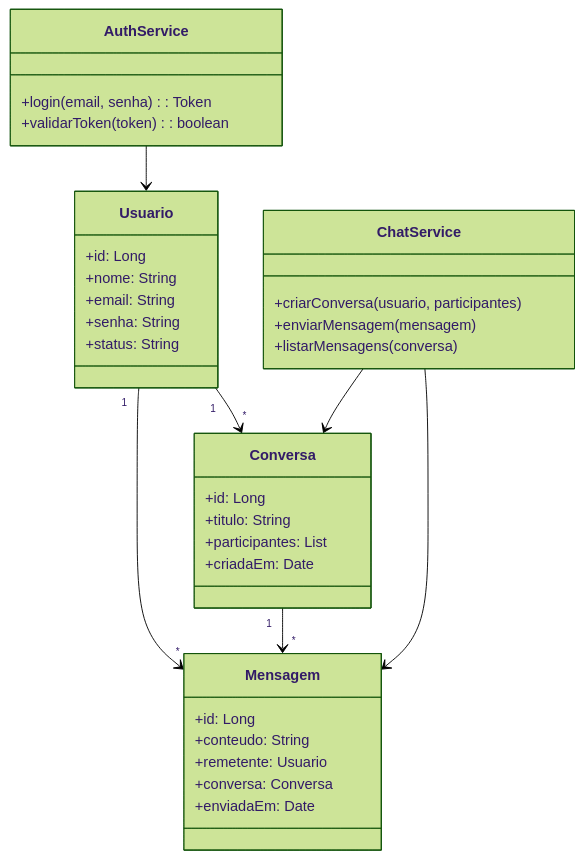
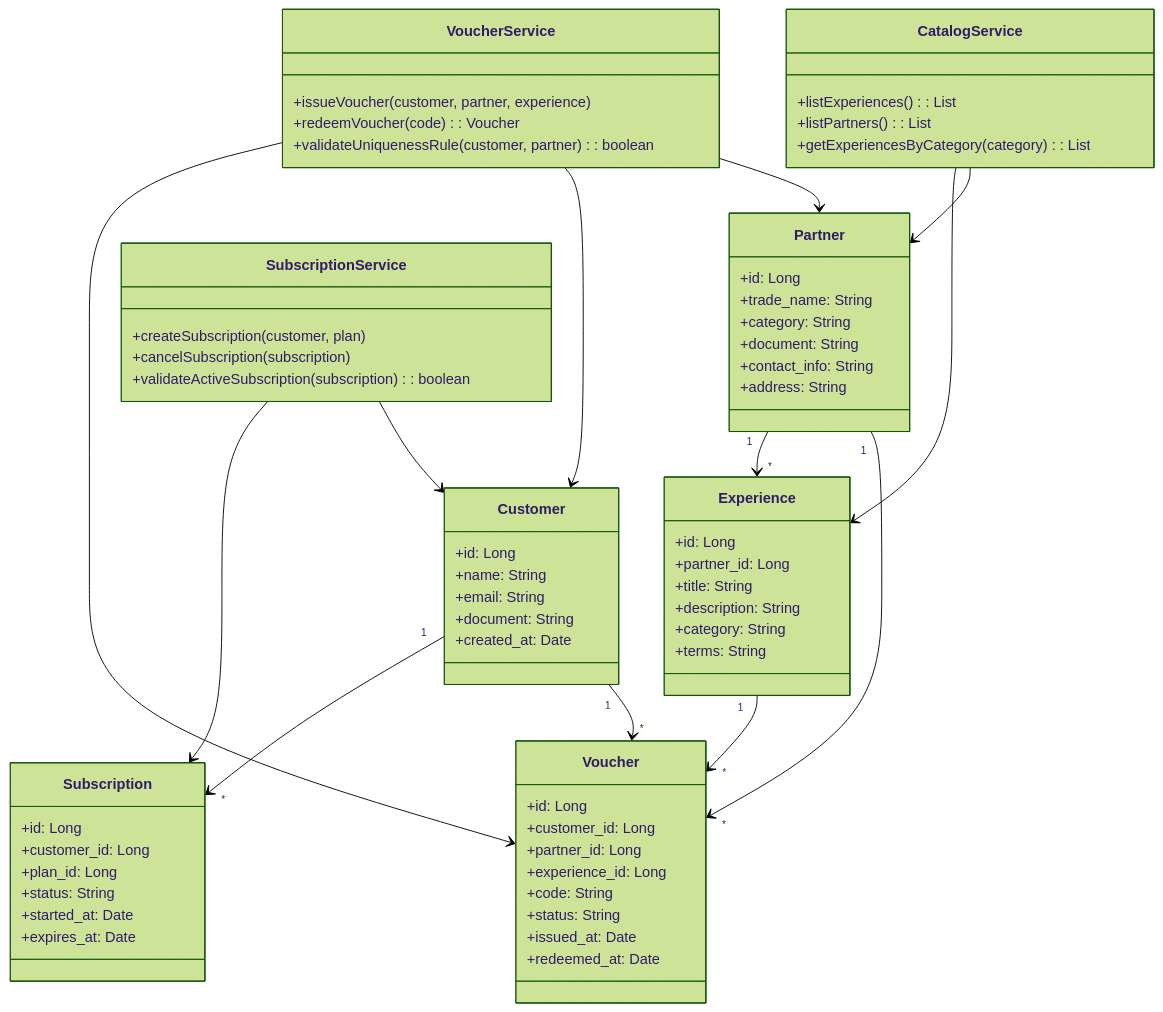
The second of 3 diagrams in docs/architecture.md (VicenzoMarramarco/ConstrucaoDeSoftware), drawn with Mermaid (forest theme) before and after one commit. The commit also changed other lines of this file and 4 other files, not shown here.

````diff
--- a/docs/architecture.md
+++ b/docs/architecture.md
@@ -116,43 +120,79 @@
 ```mermaid
 classDiagram
-    class Usuario {
+    class Customer {
         +id: Long
-        +nome: String
+        +name: String
         +email: String
-        +senha: String
-        +status: String
+        +document: String
+        +created_at: Date
     }
 
-    class Conversa {
+    class Subscription {
         +id: Long
-        +titulo: String
-        +participantes: List<Usuario>
-        +criadaEm: Date
+        +customer_id: Long
+        +plan_id: Long
+        +status: String
+        +started_at: Date
+        +expires_at: Date
     }
 
-    class Mensagem {
+    class Partner {
         +id: Long
-        +conteudo: String
-        +remetente: Usuario
-        +conversa: Conversa
-        +enviadaEm: Date
+        +trade_name: String
+        +category: String
+        +document: String
+        +contact_info: String
+        +address: String
     }
 
-    class AuthService {
-        +login(email, senha): Token
-        +validarToken(token): boolean
+    class Experience {
+        +id: Long
+        +partner_id: Long
+        +title: String
+        +description: String
+        +category: String
+        +terms: String
     }
 
-    class ChatService {
-        +criarConversa(usuario, participantes)
-        +enviarMensagem(mensagem)
-        +listarMensagens(conversa)
+    class Voucher {
+        +id: Long
+        +customer_id: Long
+        +partner_id: Long
+        +experience_id: Long
+        +code: String
+        +status: String
+        +issued_at: Date
+        +redeemed_at: Date
     }
 
-    Usuario "1" --> "*" Conversa
-    Usuario "1" --> "*" Mensagem
-    Conversa "1" --> "*" Mensagem
-    AuthService --> Usuario
-    ChatService --> Conversa
-    ChatService --> Mensagem
+    class SubscriptionService {
+        +createSubscription(customer, plan)
+        +cancelSubscription(subscription)
+        +validateActiveSubscription(subscription): boolean
+    }
+
+    class VoucherService {
+        +issueVoucher(customer, partner, experience)
+        +redeemVoucher(code): Voucher
+        +validateUniquenessRule(customer, partner): boolean
+    }
+
+    class CatalogService {
+        +listExperiences(): List<Experience>
+        +listPartners(): List<Partner>
+        +getExperiencesByCategory(category): List<Experience>
+    }
+
+    Customer "1" --> "*" Subscription
+    Customer "1" --> "*" Voucher
+    Partner "1" --> "*" Experience
+    Partner "1" --> "*" Voucher
+    Experience "1" --> "*" Voucher
+    SubscriptionService --> Subscription
+    SubscriptionService --> Customer
+    VoucherService --> Voucher
+    VoucherService --> Customer
+    VoucherService --> Partner
+    CatalogService --> Experience
+    CatalogService --> Partner
 ```
````
